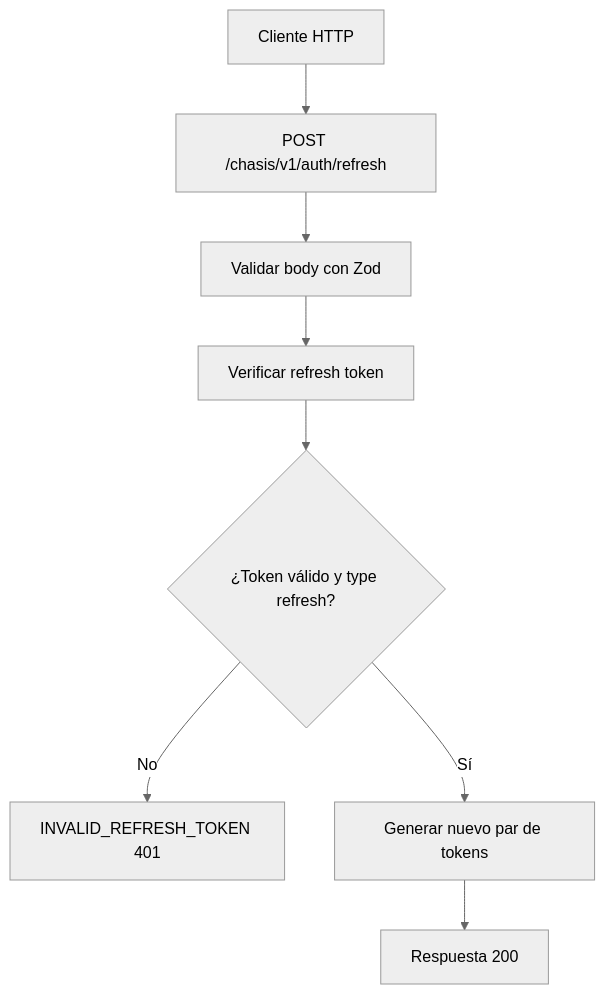
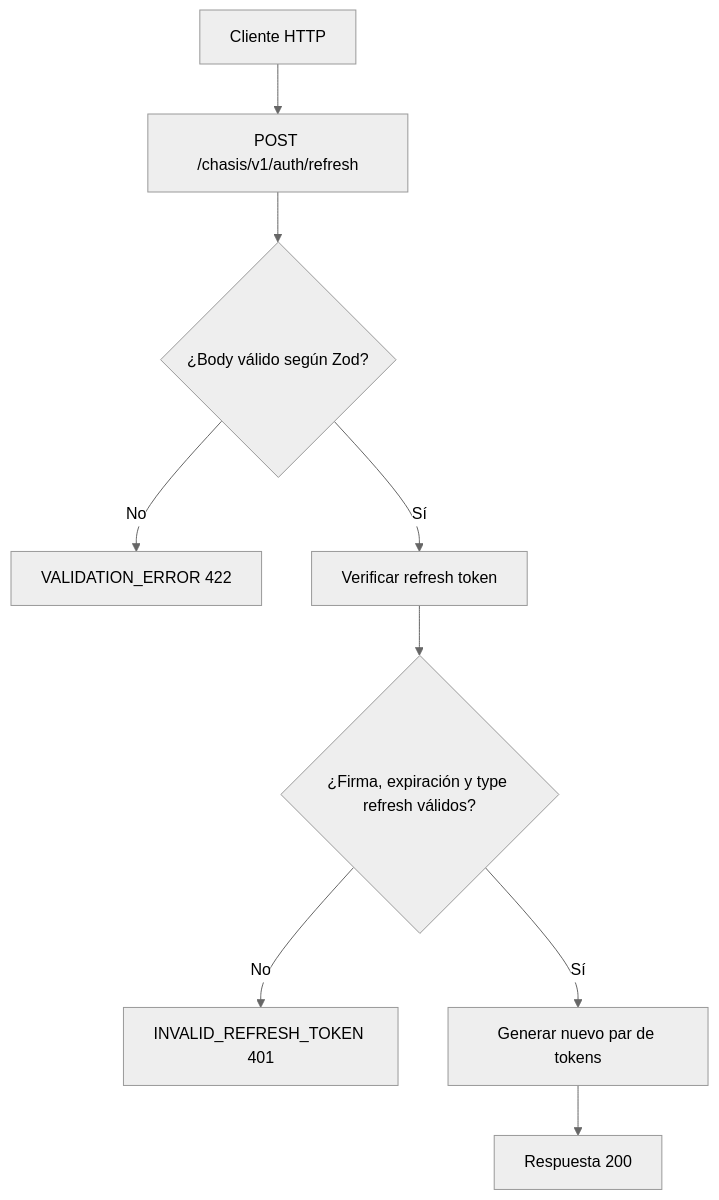
Before and after one commit to jac2206/chasis-express-ts: the diagram in docs/use-case/refresh-tokens.md, drawn with Mermaid (neutral theme). The commit also changed 25 other files, not shown here.

````diff
--- a/docs/use-case/refresh-tokens.md
+++ b/docs/use-case/refresh-tokens.md
@@ -67,10 +67,11 @@
 ```mermaid
 flowchart TD
     A[Cliente HTTP] --> B[POST /chasis/v1/auth/refresh]
-    B --> C[Validar body con Zod]
-    C --> D[Verificar refresh token]
-    D --> E{¿Token válido y type refresh?}
+    B --> C{¿Body válido según Zod?}
+    C -- No --> V[VALIDATION_ERROR 422]
+    C -- Sí --> D[Verificar refresh token]
+    D --> E{¿Firma, expiración y type refresh válidos?}
     E -- No --> F[INVALID_REFRESH_TOKEN 401]
     E -- Sí --> G[Generar nuevo par de tokens]
     G --> H[Respuesta 200]
 ```
````
